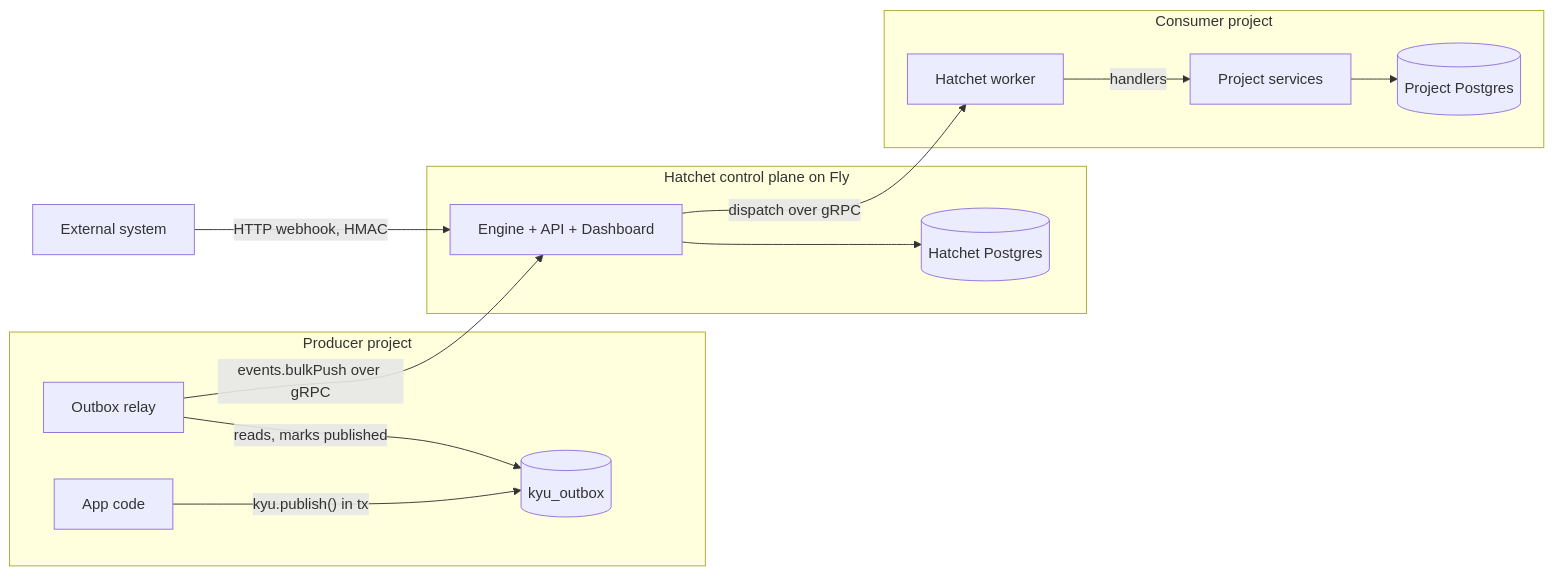
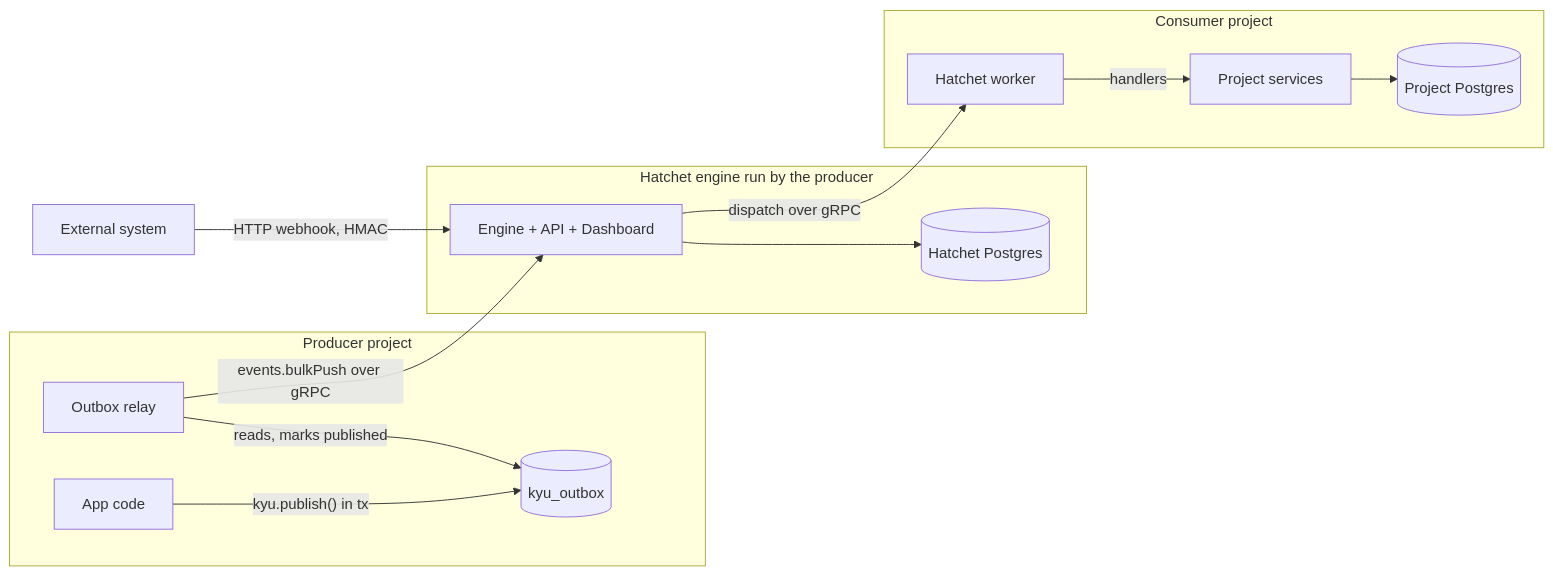
The diagram in docs/design/kyu-requirements-and-design.md (kyuworks/kyu), drawn with Mermaid before and after one commit. The commit also changed other lines of this file and 13 other files, not shown here.

````diff
--- a/docs/design/kyu-requirements-and-design.md
+++ b/docs/design/kyu-requirements-and-design.md
@@ -135,17 +136,17 @@
 ```mermaid
 flowchart LR
   subgraph Producer project
     APP[App code] -->|"kyu.publish() in tx"| OUTBOX[(kyu_outbox)]
     RELAY[Outbox relay] -->|reads, marks published| OUTBOX
   end
   RELAY -->|"events.bulkPush over gRPC"| ENGINE
-  subgraph Hatchet control plane on Fly
+  subgraph Hatchet engine run by the producer
     ENGINE[Engine + API + Dashboard] --> HPG[(Hatchet Postgres)]
   end
   EXT[External system] -->|HTTP webhook, HMAC| ENGINE
   subgraph Consumer project
     WORKER[Hatchet worker] -->|handlers| SVC[Project services]
     SVC --> CPG[(Project Postgres)]
   end
   ENGINE -->|dispatch over gRPC| WORKER
 ```
````
